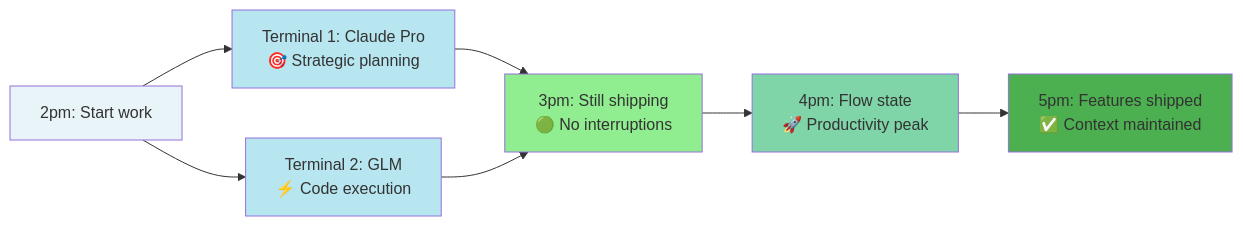
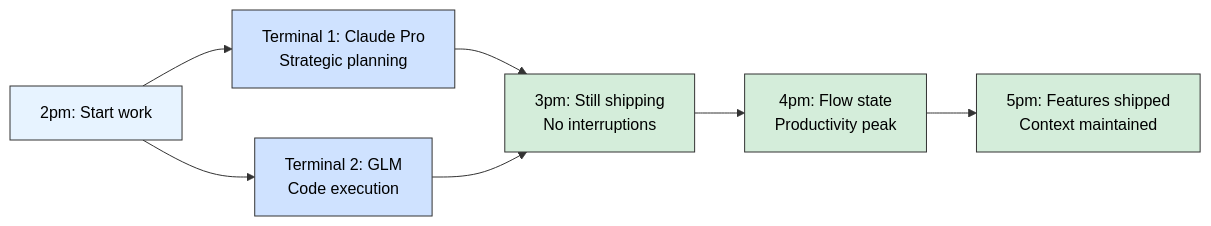
The second of 2 diagrams in README.md (kaitranntt/ccs), drawn with Mermaid before and after one commit. The commit also changed other lines of this file, not shown here.

Commit message:
docs: simplify mermaid diagram colors for better readability
Changed from bright/saturated colors to soft pastels:

OLD WAY:
- Light green (#d4edda) for productive states
- Light red (#f8d7da) for blocked/error states
- Light yellow (#fff3cd) for warning/transition states
- Black text (#000) on all backgrounds for readability
- Removed emojis for cleaner appearance

NEW WAY:
- Light blue (#e7f3ff, #cfe2ff) for parallel workflows
- Light green (#d4edda) for productive/success states
- Black text (#000) on all backgrounds
- Removed emojis for cleaner appearance

All nodes now have:
- stroke:#333 (dark gray border)
- color:#000 (black text)
- Soft pastel backgrounds instead of bright colors

Much easier to read with better contrast.

````diff
--- a/README.md
+++ b/README.md
@@ -204,16 +204,16 @@
 ```mermaid
 graph LR
-    A[2pm: Start work] --> B[Terminal 1: Claude Pro<br/>🎯 Strategic planning]
-    A --> C[Terminal 2: GLM<br/>⚡ Code execution]
-    B --> D[3pm: Still shipping<br/>🟢 No interruptions]
+    A[2pm: Start work] --> B[Terminal 1: Claude Pro<br/>Strategic planning]
+    A --> C[Terminal 2: GLM<br/>Code execution]
+    B --> D[3pm: Still shipping<br/>No interruptions]
     C --> D
-    D --> E[4pm: Flow state<br/>🚀 Productivity peak]
-    E --> F[5pm: Features shipped<br/>✅ Context maintained]
+    D --> E[4pm: Flow state<br/>Productivity peak]
+    E --> F[5pm: Features shipped<br/>Context maintained]
 
-    style A fill:#E8F4F8
-    style B fill:#B8E6F0
-    style C fill:#B8E6F0
-    style D fill:#90EE90
-    style E fill:#7FD4A8
-    style F fill:#4CAF50
+    style A fill:#e7f3ff,stroke:#333,color:#000
+    style B fill:#cfe2ff,stroke:#333,color:#000
+    style C fill:#cfe2ff,stroke:#333,color:#000
+    style D fill:#d4edda,stroke:#333,color:#000
+    style E fill:#d4edda,stroke:#333,color:#000
+    style F fill:#d4edda,stroke:#333,color:#000
 ```
````
